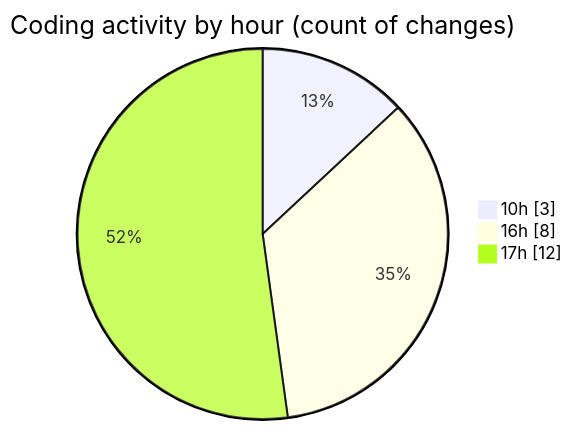
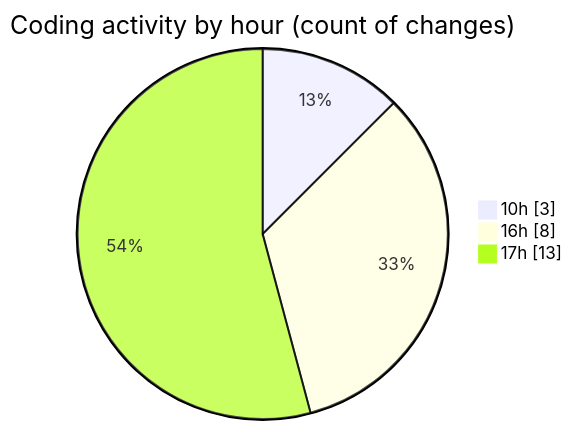
Before and after one commit to nxtqubesakshisongat/code-tracking: the second of 2 diagrams in 2026-02-27/nxtqube_webapp/README.md, drawn with Mermaid. The commit also changed other lines of this file and 1 other file, not shown here.

````diff
--- a/2026-02-27/nxtqube_webapp/README.md
+++ b/2026-02-27/nxtqube_webapp/README.md
@@ -33,7 +33,7 @@
 ```mermaid
 pie showData
 title Coding activity by hour (count of changes)
 "10h" : 3
 "16h" : 8
-"17h" : 12
+"17h" : 13
 ```
````
